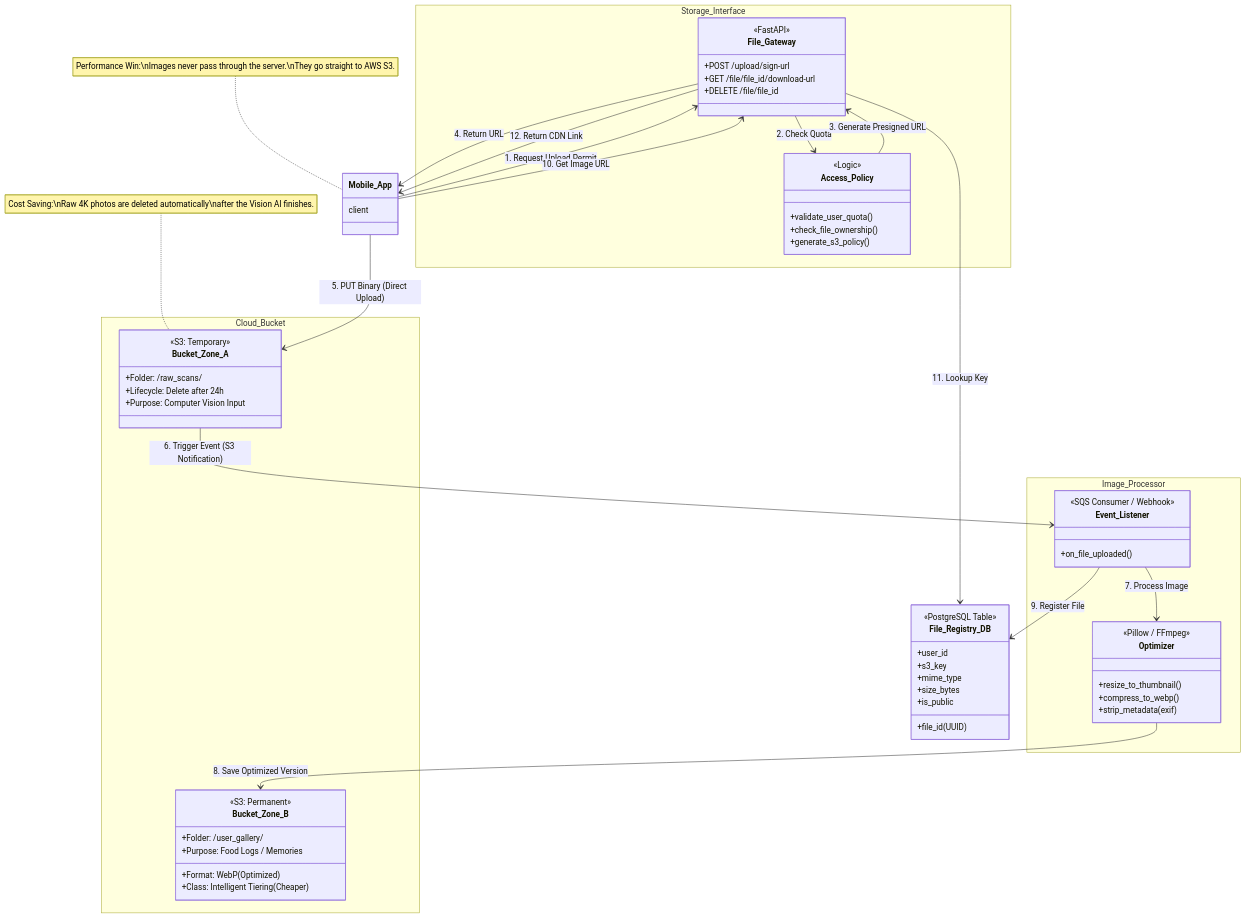
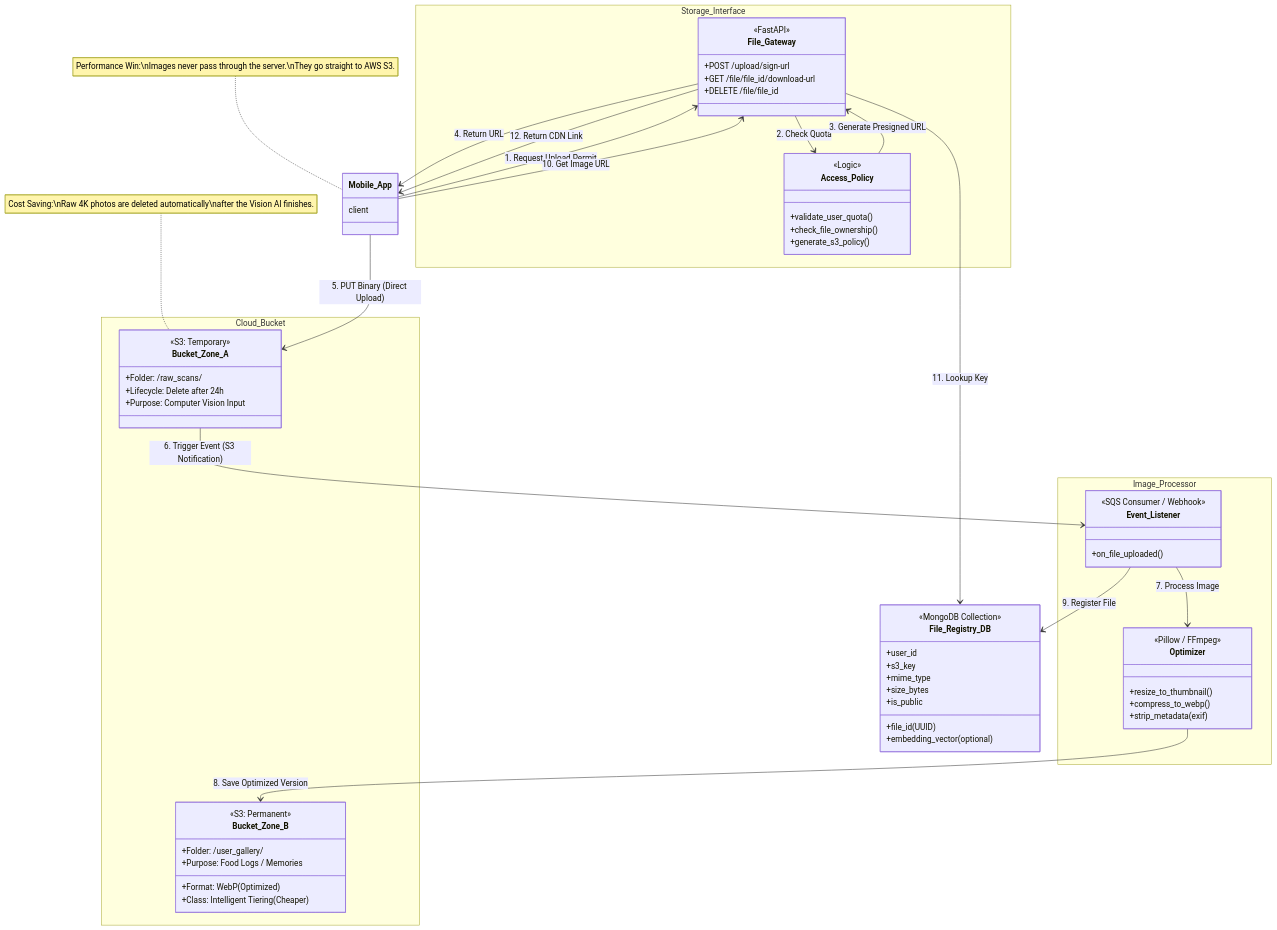
Before and after one commit to omnimuh730/Bio-AI: the diagram in docs/development/biostorage_specs.md, drawn with Mermaid. The commit also changed other lines of this file and 6 other files, not shown here.

Commit message:
feat: Update documentation to reflect MongoDB Atlas integration and new vector search capabilities across services

```diff
--- a/docs/development/biostorage_specs.md
+++ b/docs/development/biostorage_specs.md
@@ -72,13 +74,14 @@
     %% 4. METADATA TRACKING
     %% ==========================================
     class File_Registry_DB {
-        <<PostgreSQL Table>>
+        <<MongoDB Collection>>
         +file_id (UUID)
         +user_id
         +s3_key
         +mime_type
         +size_bytes
         +is_public
+        +embedding_vector (optional)
     }
 
     %% ==========================================
```
